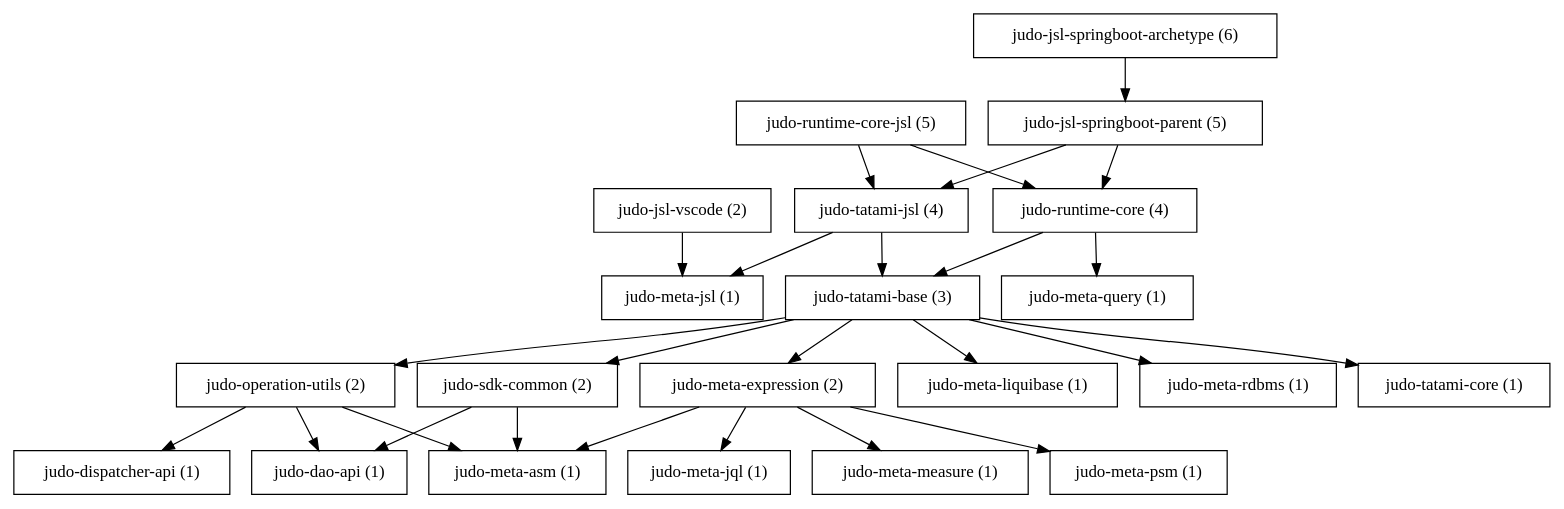
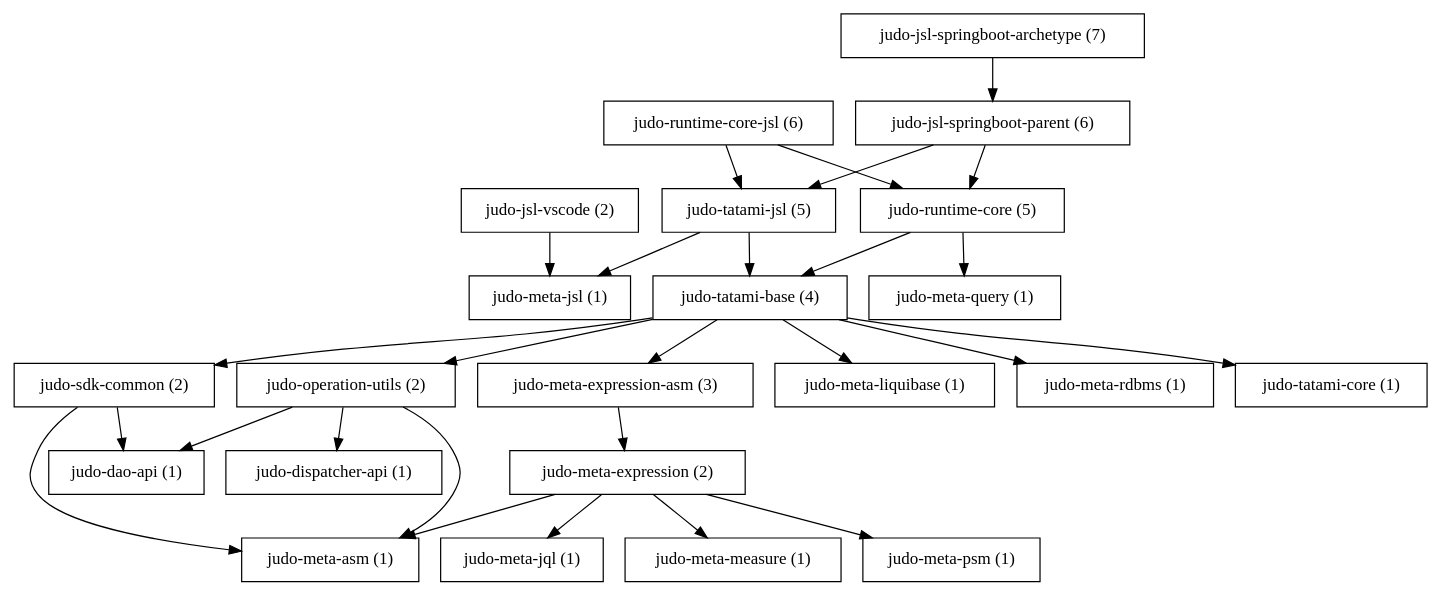
The diagram in dependency.dot (BlackBeltTechnology/judo-community), drawn with Graphviz before and after one commit. The commit also changed 2 other files, not shown here.

```diff
--- a/dependency.dot
+++ b/dependency.dot
@@ -1,48 +1,50 @@
 strict digraph  {
 "judo-dao-api (1)" [label="judo-dao-api (1)", shape=box];
 "judo-dispatcher-api (1)" [label="judo-dispatcher-api (1)", shape=box];
 "judo-jsl-vscode (2)" [label="judo-jsl-vscode (2)", shape=box];
 "judo-meta-asm (1)" [label="judo-meta-asm (1)", shape=box];
 "judo-meta-expression (2)" [label="judo-meta-expression (2)", shape=box];
+"judo-meta-expression-asm (3)" [label="judo-meta-expression-asm (3)", shape=box];
 "judo-meta-jql (1)" [label="judo-meta-jql (1)", shape=box];
 "judo-meta-jsl (1)" [label="judo-meta-jsl (1)", shape=box];
 "judo-meta-liquibase (1)" [label="judo-meta-liquibase (1)", shape=box];
 "judo-meta-measure (1)" [label="judo-meta-measure (1)", shape=box];
 "judo-meta-psm (1)" [label="judo-meta-psm (1)", shape=box];
 "judo-meta-query (1)" [label="judo-meta-query (1)", shape=box];
 "judo-meta-rdbms (1)" [label="judo-meta-rdbms (1)", shape=box];
 "judo-operation-utils (2)" [label="judo-operation-utils (2)", shape=box];
-"judo-runtime-core (4)" [label="judo-runtime-core (4)", shape=box];
-"judo-runtime-core-jsl (5)" [label="judo-runtime-core-jsl (5)", shape=box];
+"judo-runtime-core (5)" [label="judo-runtime-core (5)", shape=box];
+"judo-runtime-core-jsl (6)" [label="judo-runtime-core-jsl (6)", shape=box];
 "judo-sdk-common (2)" [label="judo-sdk-common (2)", shape=box];
-"judo-tatami-base (3)" [label="judo-tatami-base (3)", shape=box];
+"judo-tatami-base (4)" [label="judo-tatami-base (4)", shape=box];
 "judo-tatami-core (1)" [label="judo-tatami-core (1)", shape=box];
-"judo-tatami-jsl (4)" [label="judo-tatami-jsl (4)", shape=box];
-"judo-jsl-springboot-parent (5)" [label="judo-jsl-springboot-parent (5)", shape=box];
-"judo-jsl-springboot-archetype (6)" [label="judo-jsl-springboot-archetype (6)", shape=box];
+"judo-tatami-jsl (5)" [label="judo-tatami-jsl (5)", shape=box];
+"judo-jsl-springboot-parent (6)" [label="judo-jsl-springboot-parent (6)", shape=box];
+"judo-jsl-springboot-archetype (7)" [label="judo-jsl-springboot-archetype (7)", shape=box];
 "judo-jsl-vscode (2)" -> "judo-meta-jsl (1)";
+"judo-meta-expression (2)" -> "judo-meta-measure (1)";
+"judo-meta-expression (2)" -> "judo-meta-asm (1)";
+"judo-meta-expression (2)" -> "judo-meta-psm (1)";
 "judo-meta-expression (2)" -> "judo-meta-jql (1)";
-"judo-meta-expression (2)" -> "judo-meta-measure (1)";
-"judo-meta-expression (2)" -> "judo-meta-psm (1)";
-"judo-meta-expression (2)" -> "judo-meta-asm (1)";
+"judo-meta-expression-asm (3)" -> "judo-meta-expression (2)";
 "judo-operation-utils (2)" -> "judo-dao-api (1)";
+"judo-operation-utils (2)" -> "judo-dispatcher-api (1)";
 "judo-operation-utils (2)" -> "judo-meta-asm (1)";
-"judo-operation-utils (2)" -> "judo-dispatcher-api (1)";
-"judo-runtime-core (4)" -> "judo-meta-query (1)";
-"judo-runtime-core (4)" -> "judo-tatami-base (3)";
-"judo-runtime-core-jsl (5)" -> "judo-runtime-core (4)";
-"judo-runtime-core-jsl (5)" -> "judo-tatami-jsl (4)";
+"judo-runtime-core (5)" -> "judo-tatami-base (4)";
+"judo-runtime-core (5)" -> "judo-meta-query (1)";
+"judo-runtime-core-jsl (6)" -> "judo-tatami-jsl (5)";
+"judo-runtime-core-jsl (6)" -> "judo-runtime-core (5)";
 "judo-sdk-common (2)" -> "judo-dao-api (1)";
 "judo-sdk-common (2)" -> "judo-meta-asm (1)";
-"judo-tatami-base (3)" -> "judo-sdk-common (2)";
-"judo-tatami-base (3)" -> "judo-meta-expression (2)";
-"judo-tatami-base (3)" -> "judo-meta-rdbms (1)";
-"judo-tatami-base (3)" -> "judo-meta-liquibase (1)";
-"judo-tatami-base (3)" -> "judo-operation-utils (2)";
-"judo-tatami-base (3)" -> "judo-tatami-core (1)";
-"judo-tatami-jsl (4)" -> "judo-meta-jsl (1)";
-"judo-tatami-jsl (4)" -> "judo-tatami-base (3)";
-"judo-jsl-springboot-parent (5)" -> "judo-runtime-core (4)";
-"judo-jsl-springboot-parent (5)" -> "judo-tatami-jsl (4)";
-"judo-jsl-springboot-archetype (6)" -> "judo-jsl-springboot-parent (5)";
+"judo-tatami-base (4)" -> "judo-meta-expression-asm (3)";
+"judo-tatami-base (4)" -> "judo-sdk-common (2)";
+"judo-tatami-base (4)" -> "judo-meta-liquibase (1)";
+"judo-tatami-base (4)" -> "judo-tatami-core (1)";
+"judo-tatami-base (4)" -> "judo-operation-utils (2)";
+"judo-tatami-base (4)" -> "judo-meta-rdbms (1)";
+"judo-tatami-jsl (5)" -> "judo-tatami-base (4)";
+"judo-tatami-jsl (5)" -> "judo-meta-jsl (1)";
+"judo-jsl-springboot-parent (6)" -> "judo-tatami-jsl (5)";
+"judo-jsl-springboot-parent (6)" -> "judo-runtime-core (5)";
+"judo-jsl-springboot-archetype (7)" -> "judo-jsl-springboot-parent (6)";
 }
```
